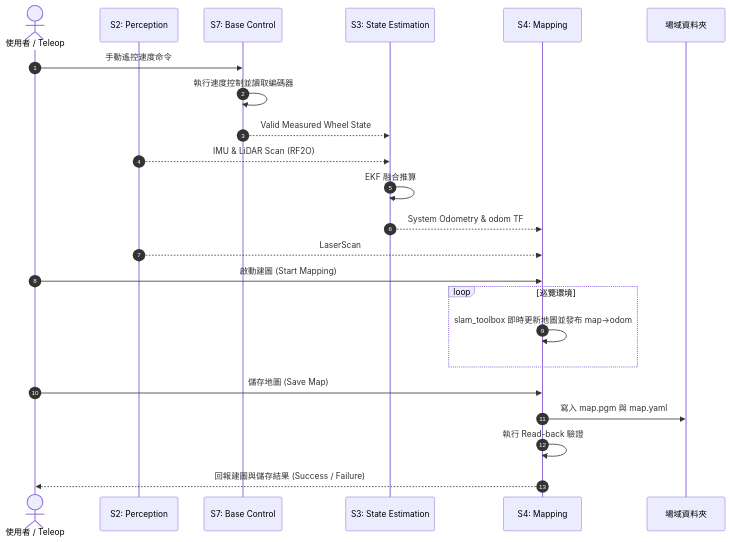
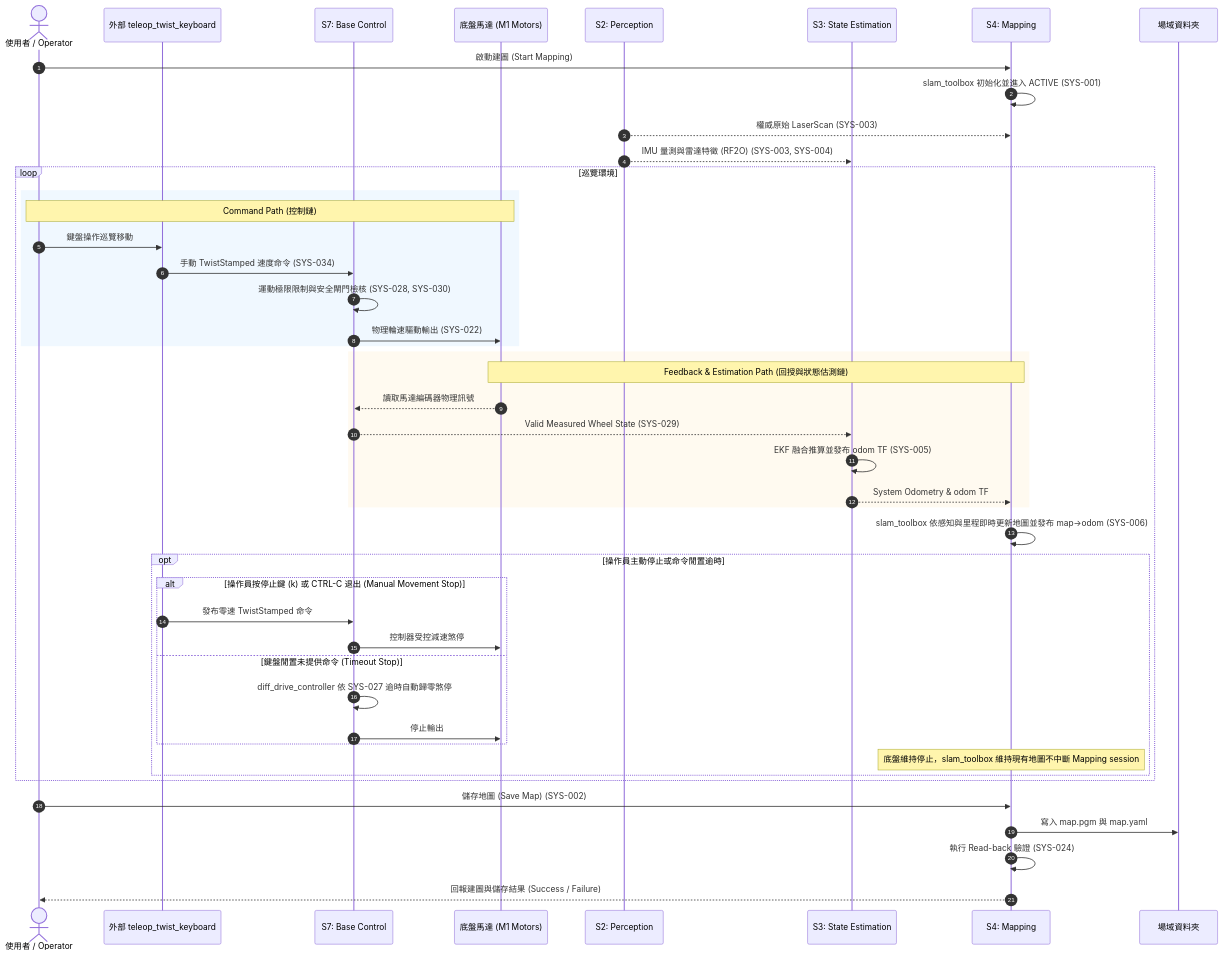
Before and after one commit to monkey30440/mobile_base: the second of 4 diagrams in docs/05_architecture.md, drawn with Mermaid. The commit also changed other lines of this file and 9 other files, not shown here.

Commit message:
docs: define SYS-034 manual movement control

````diff
--- a/docs/05_architecture.md
+++ b/docs/05_architecture.md
@@ -346,26 +353,53 @@
 ```mermaid
 sequenceDiagram
     autonumber
-    actor User as 使用者 / Teleop
+    actor User as 使用者 / Operator
+    participant Teleop as 外部 teleop_twist_keyboard
+    participant S7 as S7: Base Control
+    participant M1 as 底盤馬達 (M1 Motors)
     participant S2 as S2: Perception
-    participant S7 as S7: Base Control
     participant S3 as S3: State Estimation
     participant S4 as S4: Mapping
     participant Site as 場域資料夾
 
-    User->>S7: 手動遙控速度命令
-    S7->>S7: 執行速度控制並讀取編碼器
-    S7-->>S3: Valid Measured Wheel State
-    S2-->>S3: IMU & LiDAR Scan (RF2O)
-    S3->>S3: EKF 融合推算
-    S3-->>S4: System Odometry & odom TF
-    S2-->>S4: LaserScan
     User->>S4: 啟動建圖 (Start Mapping)
+    S4->>S4: slam_toolbox 初始化並進入 ACTIVE (SYS-001)
+    S2-->>S4: 權威原始 LaserScan (SYS-003)
+    S2-->>S3: IMU 量測與雷達特徵 (RF2O) (SYS-003, SYS-004)
+
     loop 巡覽環境
-        S4->>S4: slam_toolbox 即時更新地圖並發布 map→odom
+        rect rgb(240, 248, 255)
+            Note over User,M1: Command Path (控制鏈)
+            User->>Teleop: 鍵盤操作巡覽移動
+            Teleop->>S7: 手動 TwistStamped 速度命令 (SYS-034)
+            S7->>S7: 運動極限限制與安全閘門檢核 (SYS-028, SYS-030)
+            S7->>M1: 物理輪速驅動輸出 (SYS-022)
+        end
+
+        rect rgb(255, 250, 240)
+            Note over M1,S4: Feedback & Estimation Path (回授與狀態估測鏈)
+            M1-->>S7: 讀取馬達編碼器物理訊號
+            S7-->>S3: Valid Measured Wheel State (SYS-029)
+            S3->>S3: EKF 融合推算並發布 odom TF (SYS-005)
+            S3-->>S4: System Odometry & odom TF
+        end
+
+        S4->>S4: slam_toolbox 依感知與里程即時更新地圖並發布 map→odom (SYS-006)
+
+        opt 操作員主動停止或命令閒置逾時
+            alt 操作員按停止鍵 (k) 或 CTRL-C 退出 (Manual Movement Stop)
+                Teleop->>S7: 發布零速 TwistStamped 命令
+                S7->>M1: 控制器受控減速煞停
+            else 鍵盤閒置未提供命令 (Timeout Stop)
+                S7->>S7: diff_drive_controller 依 SYS-027 逾時自動歸零煞停
+                S7->>M1: 停止輸出
+            end
+            Note over S4: 底盤維持停止，slam_toolbox 維持現有地圖不中斷 Mapping session
+        end
     end
-    User->>S4: 儲存地圖 (Save Map)
+
+    User->>S4: 儲存地圖 (Save Map) (SYS-002)
     S4->>Site: 寫入 map.pgm 與 map.yaml
-    S4->>S4: 執行 Read-back 驗證
+    S4->>S4: 執行 Read-back 驗證 (SYS-024)
     S4-->>User: 回報建圖與儲存結果 (Success / Failure)
 ```
````
